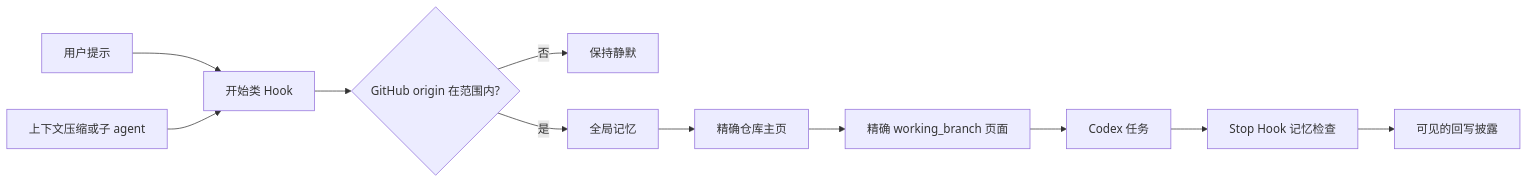
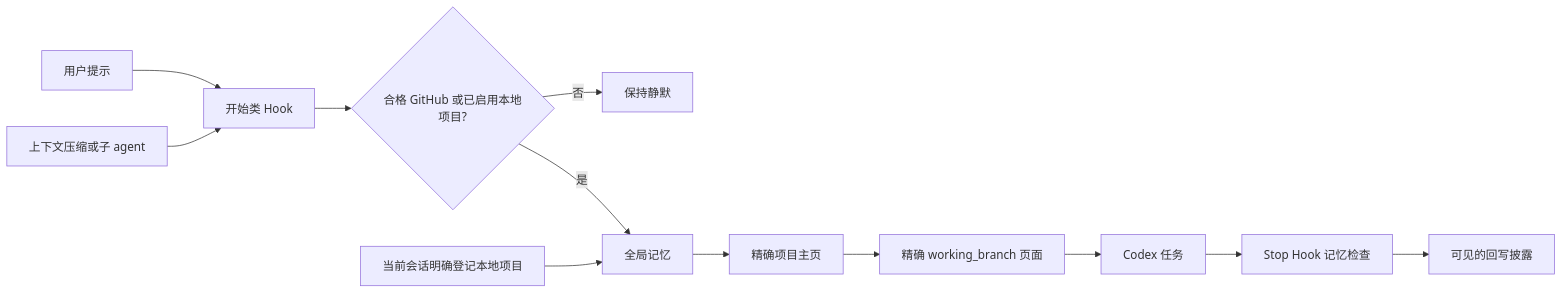
Before and after one commit to Wang-Ruibin/codex-obsidian-memory: the diagram in README.zh-CN.md, drawn with Mermaid. The commit also changed other lines of this file and 34 other files, not shown here.

````diff
--- a/README.zh-CN.md
+++ b/README.zh-CN.md
@@ -196,13 +212,14 @@
 ```mermaid
 flowchart LR
     A[用户提示] --> B[开始类 Hook]
     C[上下文压缩或子 agent] --> B
-    B --> D{GitHub origin 在范围内?}
+    B --> D{合格 GitHub 或已启用本地项目?}
     D -- 否 --> E[保持静默]
     D -- 是 --> F[全局记忆]
-    F --> G[精确仓库主页]
+    L[当前会话明确登记本地项目] --> F
+    F --> G[精确项目主页]
     G --> H[精确 working_branch 页面]
     H --> I[Codex 任务]
     I --> J[Stop Hook 记忆检查]
     J --> K[可见的回写披露]
 ```
````
